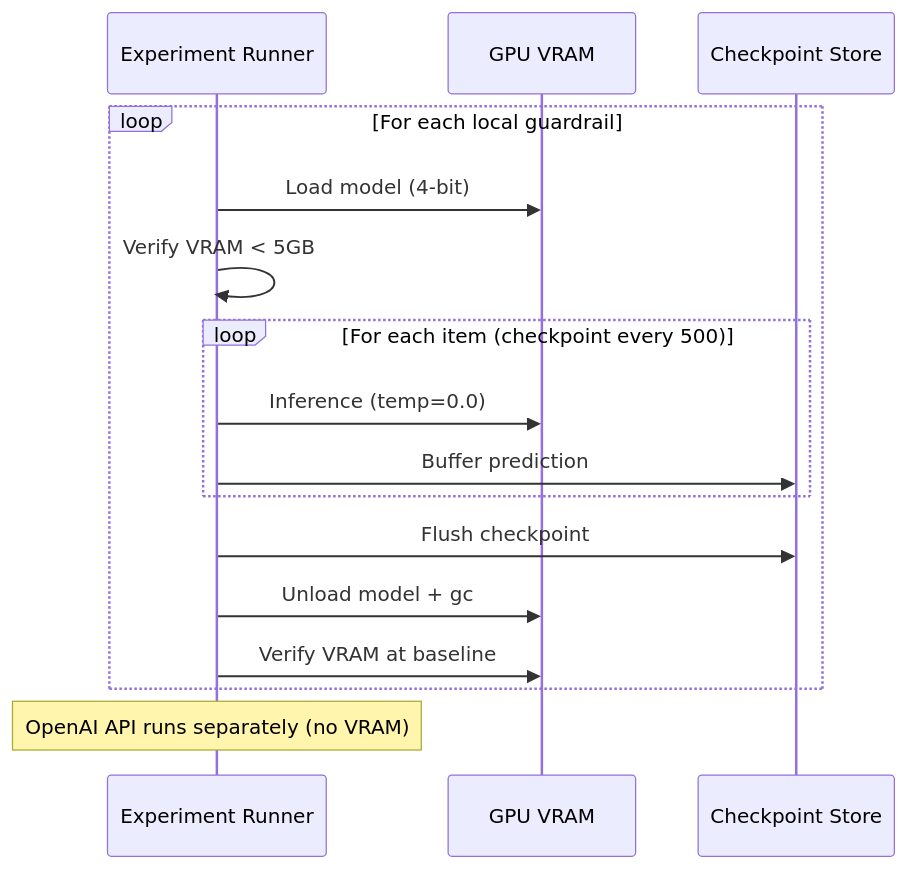
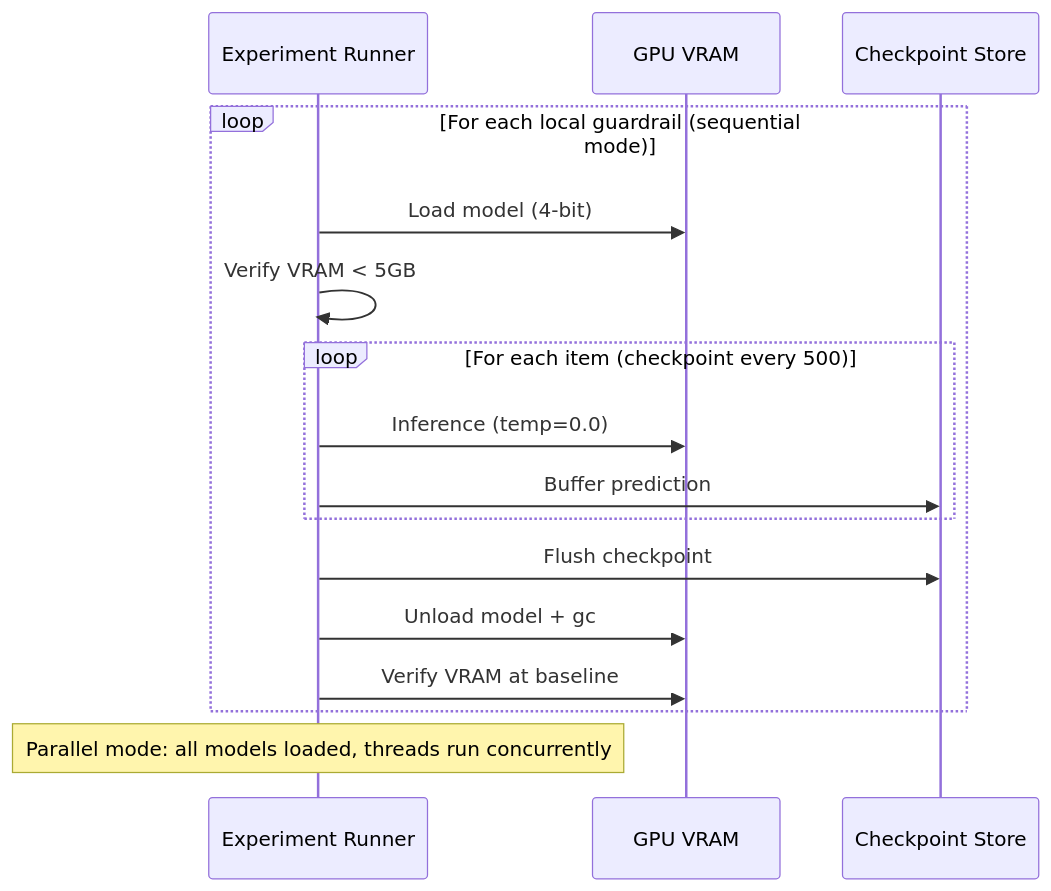
One commit to junwenleong/guardrail-calibration-eval changed the second of 3 diagrams in .kiro/specs/guardrail-calibration-eval/design.md. Above: the diagram before and after it, drawn with Mermaid. The commit also changed other lines of this file and 1 other file, not shown here.

Commit message:
docs: update spec for full Ollama integration (zero API costs)

````diff
--- a/.kiro/specs/guardrail-calibration-eval/design.md
+++ b/.kiro/specs/guardrail-calibration-eval/design.md
@@ -68,19 +76,19 @@
 ```mermaid
 sequenceDiagram
     participant ER as Experiment Runner
     participant VRAM as GPU VRAM
     participant DISK as Checkpoint Store
 
-    loop For each local guardrail
+    loop For each local guardrail (sequential mode)
         ER->>VRAM: Load model (4-bit)
         ER->>ER: Verify VRAM < 5GB
         loop For each item (checkpoint every 500)
             ER->>VRAM: Inference (temp=0.0)
             ER->>DISK: Buffer prediction
         end
         ER->>DISK: Flush checkpoint
         ER->>VRAM: Unload model + gc
         ER->>VRAM: Verify VRAM at baseline
     end
-    Note over ER: OpenAI API runs separately (no VRAM)
+    Note over ER: Parallel mode: all models loaded, threads run concurrently
 ```
````
